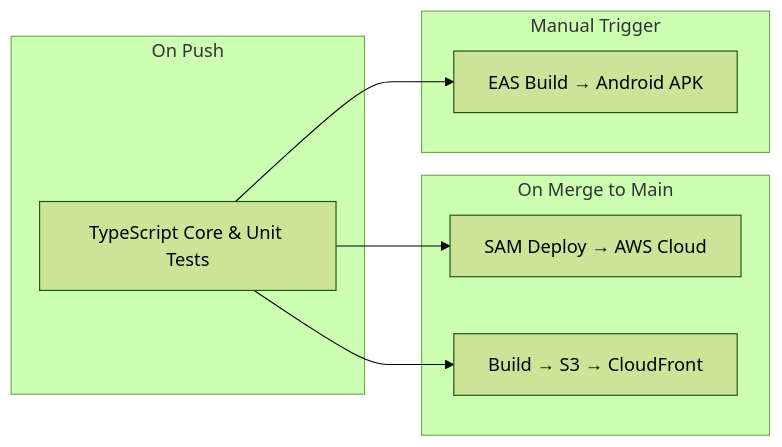
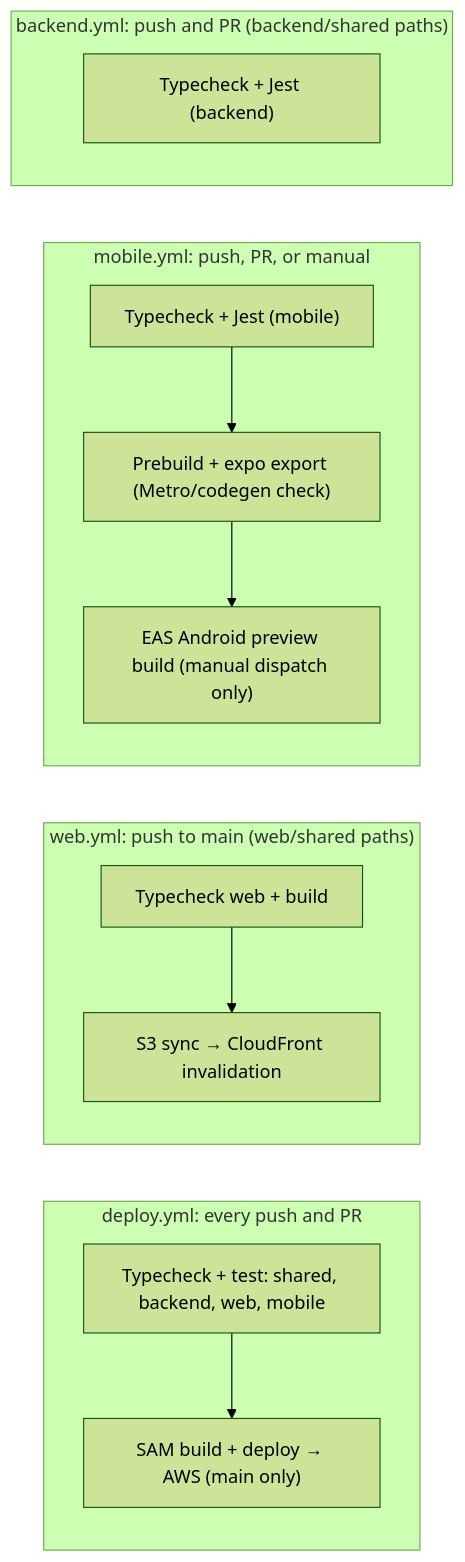
The third of 3 diagrams in README.md (Manuel-Castellon/Vaulty), drawn with Mermaid (forest theme) before and after one commit. The commit also changed other lines of this file and 4 other files, not shown here.

````diff
--- a/README.md
+++ b/README.md
@@ -109,19 +150,26 @@
 ```mermaid
 graph LR
-    subgraph "On Push"
-        TC["TypeScript Core & Unit Tests"]
+    subgraph "deploy.yml: every push and PR"
+        TC["Typecheck + test: shared, backend, web, mobile"]
+        Deploy["SAM build + deploy → AWS (main only)"]
     end
 
-    subgraph "On Merge to Main"
-        Deploy["SAM Deploy → AWS Cloud"]
-        WebDeploy["Build → S3 → CloudFront"]
+    subgraph "web.yml: push to main (web/shared paths)"
+        WebTC["Typecheck web + build"]
+        WebDeploy["S3 sync → CloudFront invalidation"]
     end
 
-    subgraph "Manual Trigger"
-        EAS["EAS Build → Android APK"]
+    subgraph "mobile.yml: push, PR, or manual"
+        MobTC["Typecheck + Jest (mobile)"]
+        Bundle["Prebuild + expo export (Metro/codegen check)"]
+        EAS["EAS Android preview build (manual dispatch only)"]
+    end
+
+    subgraph "backend.yml: push and PR (backend/shared paths)"
+        BeTC["Typecheck + Jest (backend)"]
     end
 
     TC --> Deploy
-    TC --> WebDeploy
-    TC --> EAS
+    WebTC --> WebDeploy
+    MobTC --> Bundle --> EAS
 ```
````
